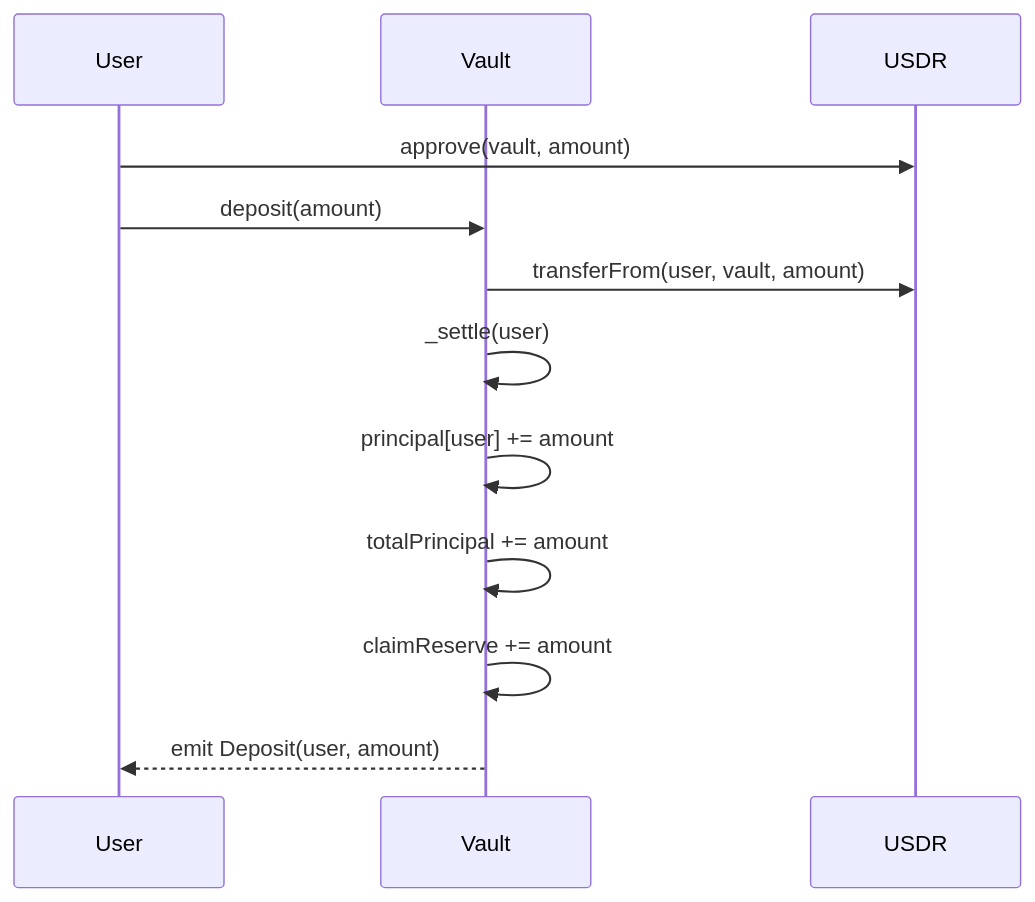
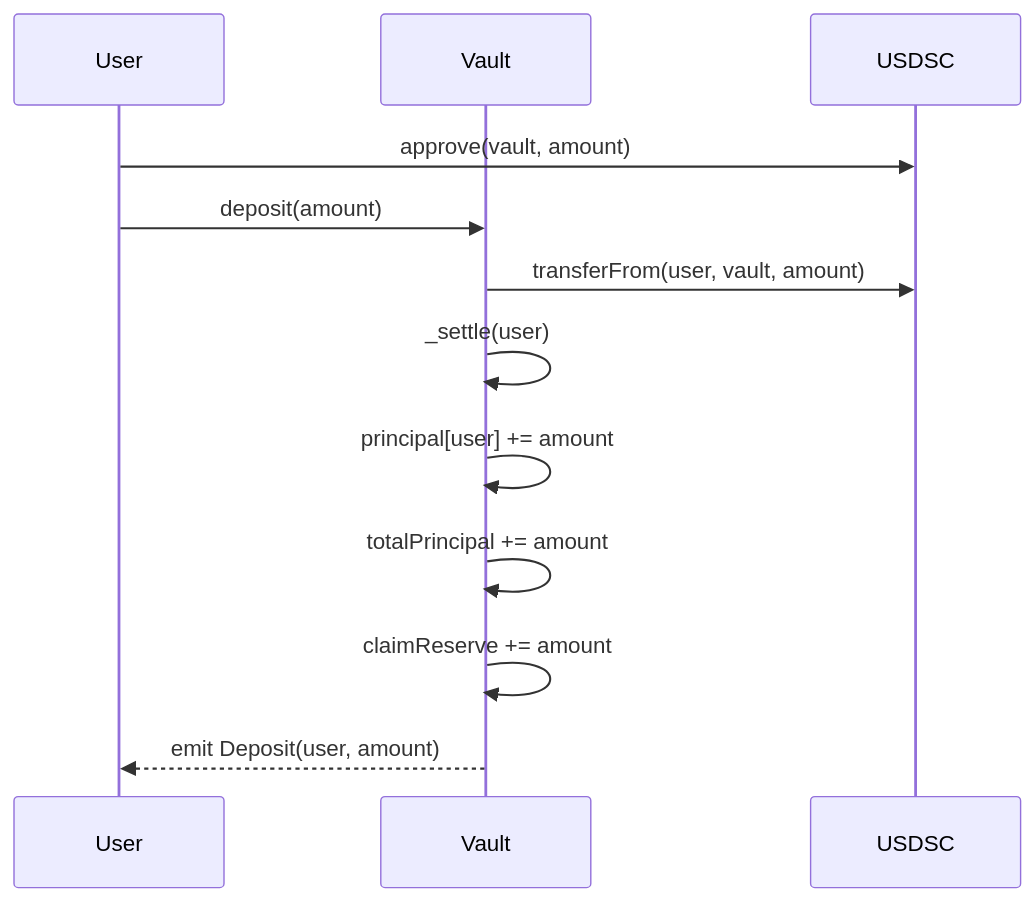
The first of 6 diagrams in src/vaults/earn/earn-vault.md (StartaleGroup/stablecoin-vault-contracts), drawn with Mermaid before and after one commit. The commit also changed other lines of this file and 29 other files, not shown here.

Commit message:
replace USDR with USDSC

````diff
--- a/src/vaults/earn/earn-vault.md
+++ b/src/vaults/earn/earn-vault.md
@@ -66,15 +66,15 @@
 ```mermaid
 sequenceDiagram
     participant User
     participant Vault
-    participant USDR
+    participant USDSC
     
-    User->>USDR: approve(vault, amount)
+    User->>USDSC: approve(vault, amount)
     User->>Vault: deposit(amount)
-    Vault->>USDR: transferFrom(user, vault, amount)
+    Vault->>USDSC: transferFrom(user, vault, amount)
     Vault->>Vault: _settle(user)
     Vault->>Vault: principal[user] += amount
     Vault->>Vault: totalPrincipal += amount
     Vault->>Vault: claimReserve += amount
     Vault-->>User: emit Deposit(user, amount)
 ```
````
